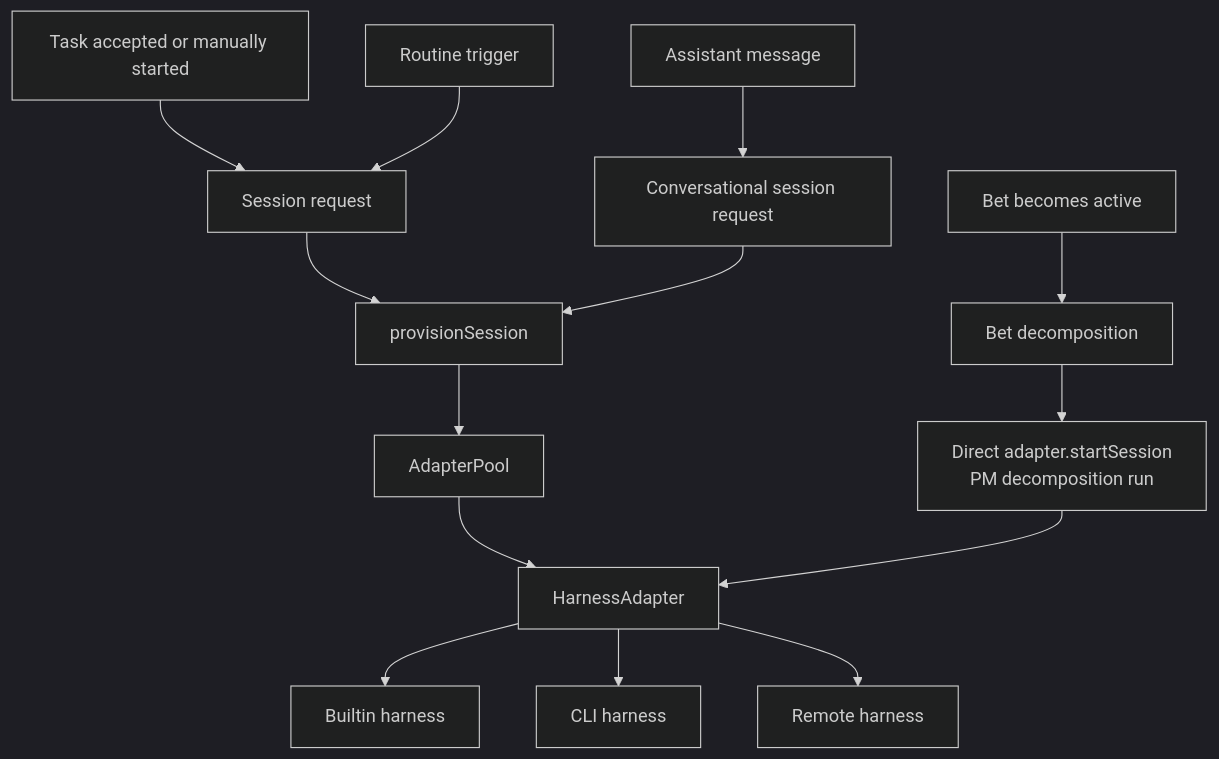
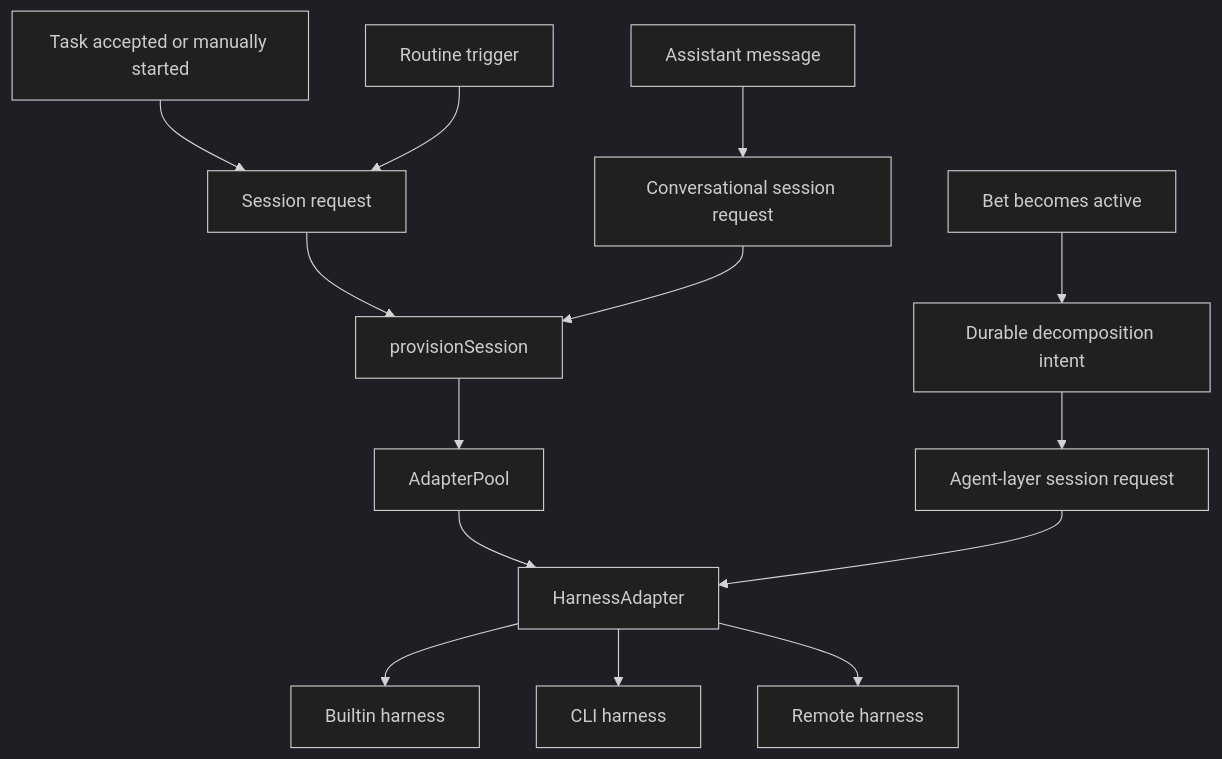
One commit to idle-builders/hyperidle changed diagram 12 of 12 in docs/architecture/as-implemented-domain-architecture.md. Above: the diagram before and after it, drawn with Mermaid (dark theme). The commit also changed other lines of this file and 71 other files, not shown here.

````diff
--- a/docs/architecture/as-implemented-domain-architecture.md
+++ b/docs/architecture/as-implemented-domain-architecture.md
@@ -365,19 +365,19 @@
 ```mermaid
 flowchart TB
   Task["Task accepted or manually started"] --> SessionRequest["Session request"]
   Routine["Routine trigger"] --> SessionRequest
   Assistant["Assistant message"] --> ConversationSession["Conversational session request"]
 
   SessionRequest --> Provision["provisionSession"]
   ConversationSession --> Provision
   Provision --> AdapterPool["AdapterPool"]
   AdapterPool --> HarnessAdapter["HarnessAdapter"]
 
-  BetActive["Bet becomes active"] --> Decomposition["Bet decomposition"]
-  Decomposition --> DirectAdapterRun["Direct adapter.startSession\nPM decomposition run"]
-  DirectAdapterRun --> HarnessAdapter
+  BetActive["Bet becomes active"] --> DecompositionIntent["Durable decomposition intent"]
+  DecompositionIntent --> AgentRequest["Agent-layer session request"]
+  AgentRequest --> HarnessAdapter
 
   HarnessAdapter --> Builtin["Builtin harness"]
   HarnessAdapter --> CLI["CLI harness"]
   HarnessAdapter --> Remote["Remote harness"]
 ```
````
